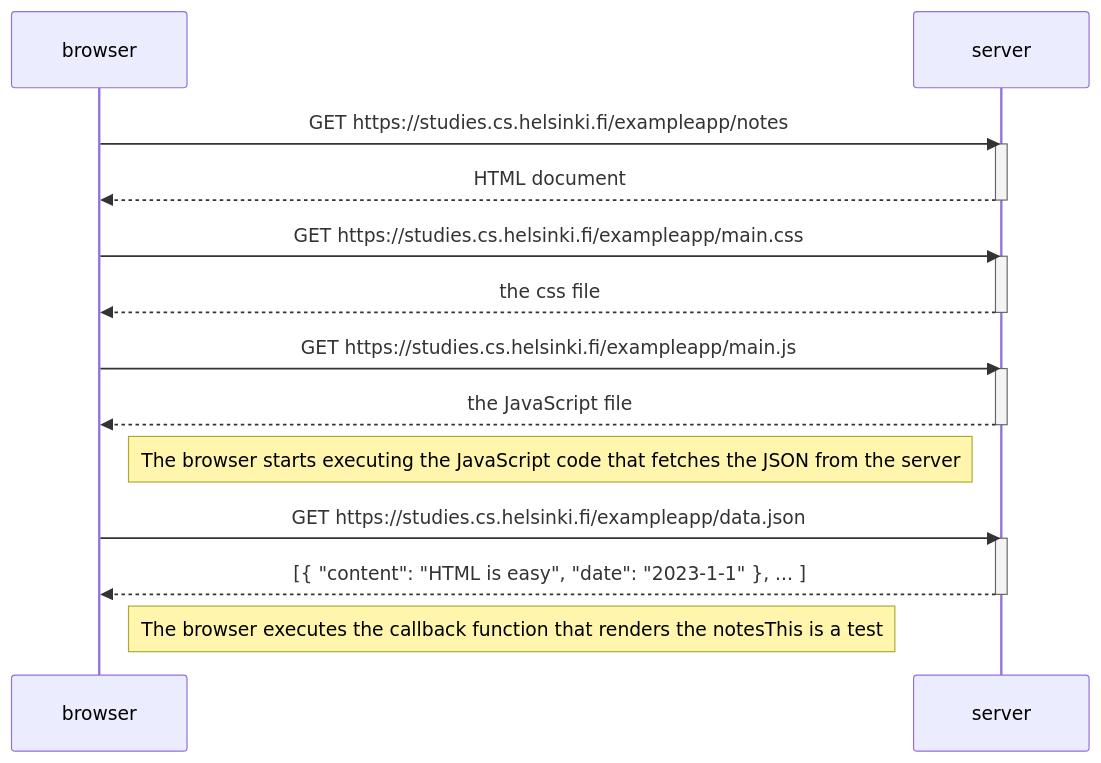
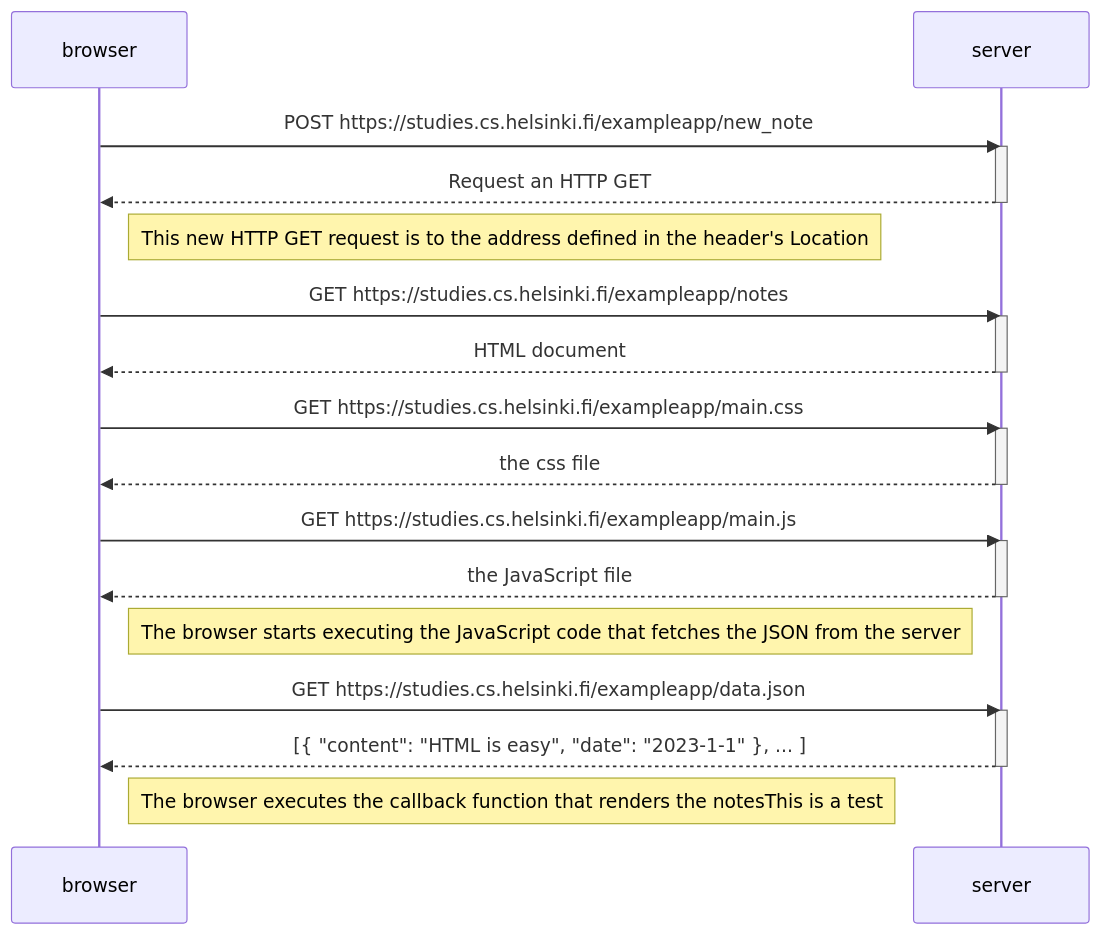
One commit to matthew-juandy/University-of-Helsinki-Full-Stack-Submission changed the diagram in part0/04.md. Above: the diagram before and after it, drawn with Mermaid. The commit also changed 3 other files, not shown here.

````diff
--- a/part0/04.md
+++ b/part0/04.md
@@ -1,29 +1,36 @@
 ```mermaid
 sequenceDiagram
     participant browser
     participant server
+
+    browser->>server: POST https://studies.cs.helsinki.fi/exampleapp/new_note
+    activate server
+    server-->>browser: Request an HTTP GET 
+    deactivate server
+
+    Note right of browser: This new HTTP GET request is to the address defined in the header's Location
 
     browser->>server: GET https://studies.cs.helsinki.fi/exampleapp/notes
     activate server
     server-->>browser: HTML document
     deactivate server
 
     browser->>server: GET https://studies.cs.helsinki.fi/exampleapp/main.css
     activate server
     server-->>browser: the css file
     deactivate server
 
     browser->>server: GET https://studies.cs.helsinki.fi/exampleapp/main.js
     activate server
     server-->>browser: the JavaScript file
     deactivate server
-
+    
     Note right of browser: The browser starts executing the JavaScript code that fetches the JSON from the server
 
     browser->>server: GET https://studies.cs.helsinki.fi/exampleapp/data.json
     activate server
     server-->>browser: [{ "content": "HTML is easy", "date": "2023-1-1" }, ... ]
     deactivate server
 
     Note right of browser: The browser executes the callback function that renders the notesThis is a test
 ```
````
